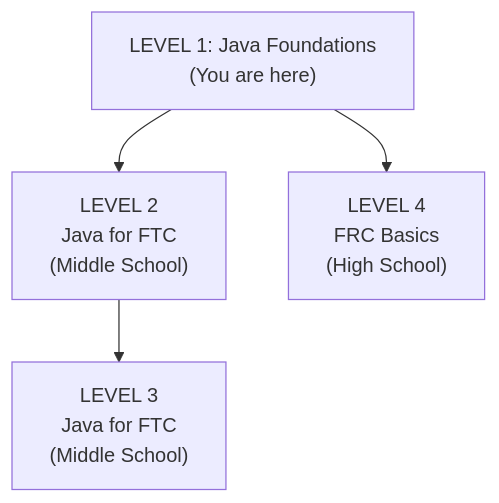
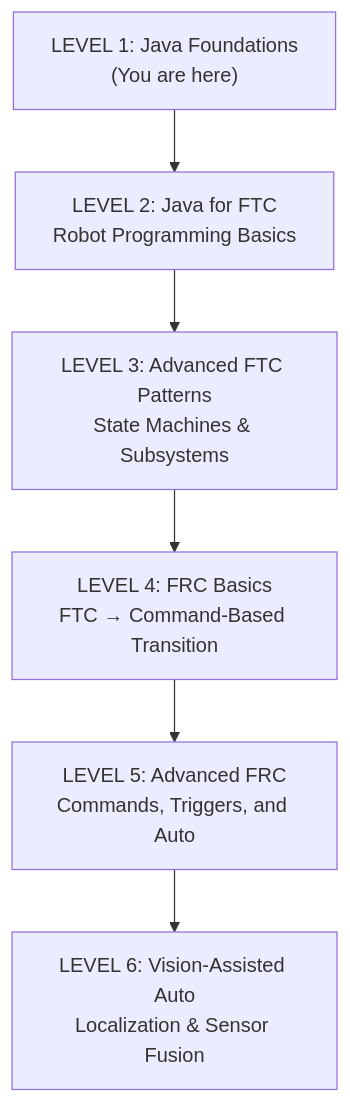
The diagram in docs/source/guide-to-java-level-1.md (CyberCoyotes/Programmers-Handbook), drawn with Mermaid before and after one commit. The commit also changed 1 other file, not shown here.

Commit message:
Convert Level 1/2 flow diagrams to mermaid and align learning path

````diff
--- a/docs/source/guide-to-java-level-1.md
+++ b/docs/source/guide-to-java-level-1.md
@@ -11,13 +11,15 @@
 ```mermaid
 flowchart TD
-
     A["LEVEL 1: Java Foundations<br/>(You are here)"]
-
-    B["LEVEL 2<br/>Java for FTC<br/>(Middle School)"]
-    C["LEVEL 3<br/>Java for FTC<br/>(Middle School)"]
-    D["LEVEL 4<br/>FRC Basics<br/>(High School)"]
+    B["LEVEL 2: Java for FTC<br/>Robot Programming Basics"]
+    C["LEVEL 3: Advanced FTC Patterns<br/>State Machines & Subsystems"]
+    D["LEVEL 4: FRC Basics<br/>FTC → Command-Based Transition"]
+    E["LEVEL 5: Advanced FRC<br/>Commands, Triggers, and Auto"]
+    F["LEVEL 6: Vision-Assisted Auto<br/>Localization & Sensor Fusion"]
 
     A --> B
     B --> C
-    A --> D
+    C --> D
+    D --> E
+    E --> F
 ```
````
